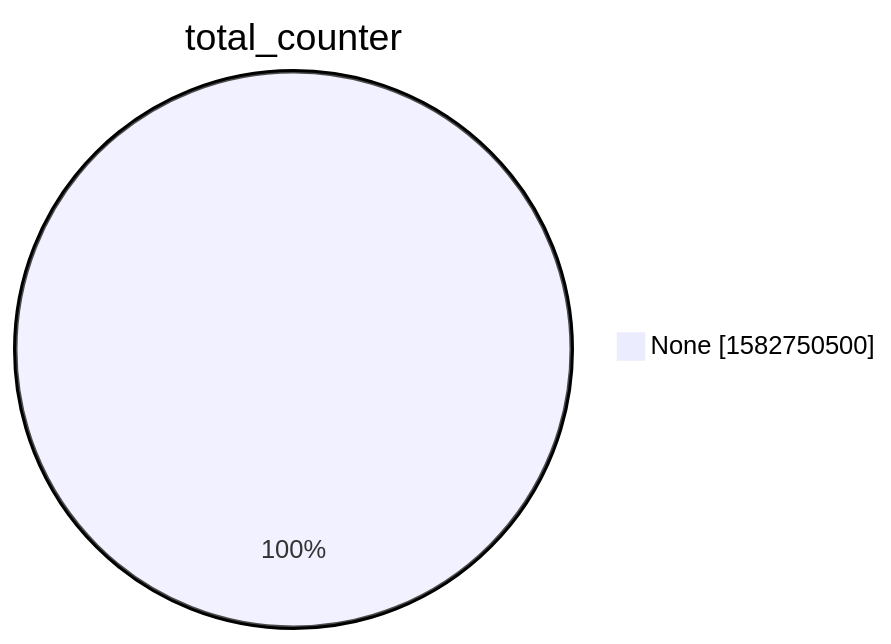
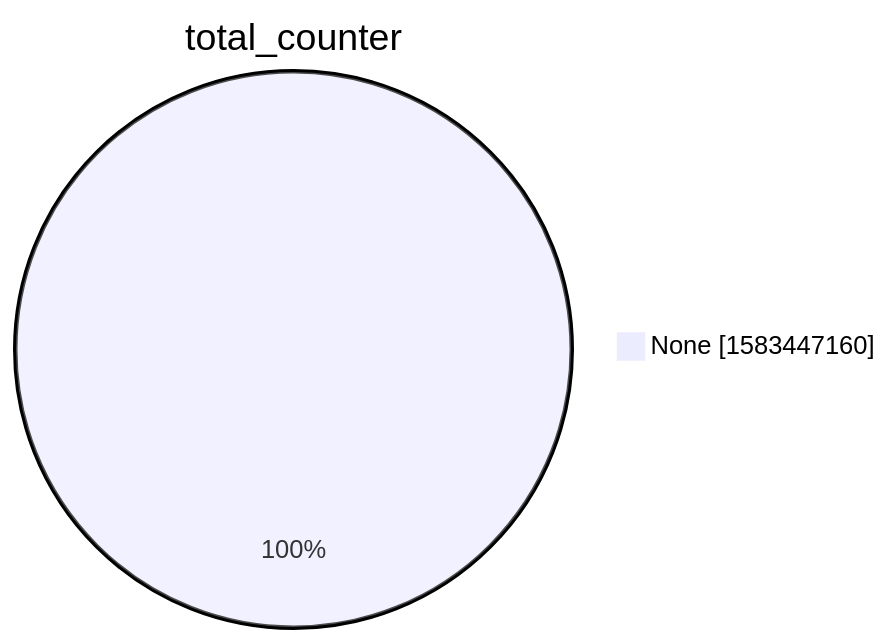
The second of 15 diagrams in xenon2022/README.md (christiankrug/ctmonitor_visualization), drawn with Mermaid before and after one commit. The commit also changed other lines of this file, not shown here.

````diff
--- a/xenon2022/README.md
+++ b/xenon2022/README.md
@@ -9,5 +9,5 @@
 ```mermaid
 pie showData
 title total_counter
-"None" :1582750500
+"None" :1583447160
 ```
````
